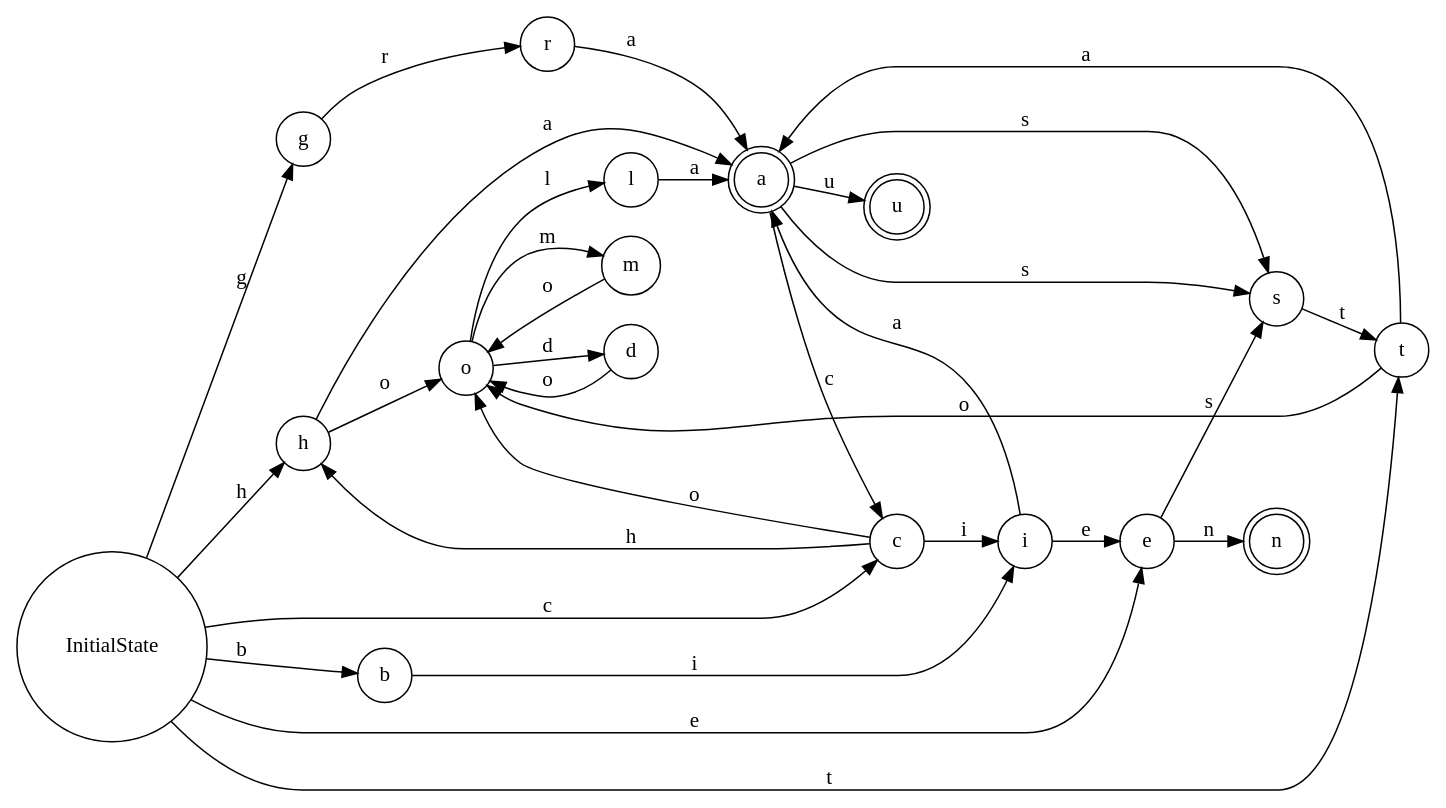
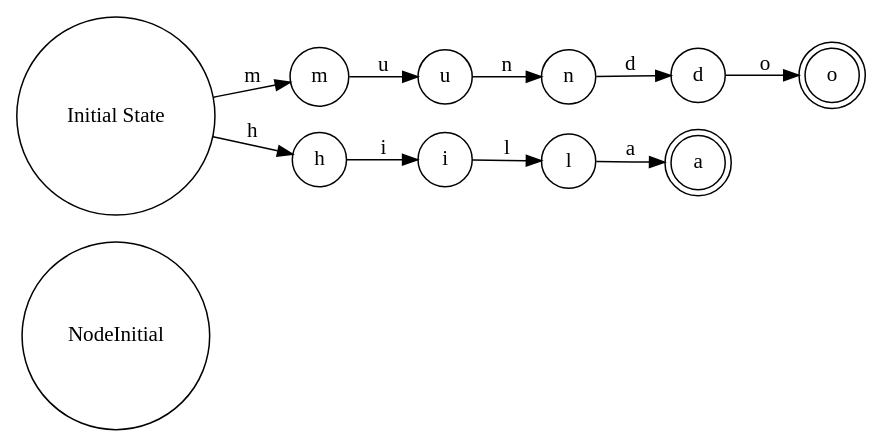
The diagram in example/example.dot (NicolasMoreno/MateDiscreta), drawn with Graphviz before and after one commit. The commit also changed 9 other files, not shown here.

```diff
--- a/example/example.dot
+++ b/example/example.dot
@@ -1,66 +1,22 @@
 digraph { 
 	 rankdir = "LR"; 
-	 node [shape=circle] NodeInitialState [label ="InitialState"];
+	 node [shape=circle] NodeInitial State [label ="Initial State"];
+	 node [shape=circle] Nodem [label ="m"];
+	 node [shape=circle] Nodeu [label ="u"];
+	 node [shape=circle] Noden [label ="n"];
+	 node [shape=circle] Noded [label ="d"];
+	 node [shape=doublecircle] Nodeo [label ="o"];
 	 node [shape=circle] Nodeh [label ="h"];
-	 node [shape=circle] Nodeo [label ="o"];
+	 node [shape=circle] Nodei [label ="i"];
 	 node [shape=circle] Nodel [label ="l"];
 	 node [shape=doublecircle] Nodea [label ="a"];
-	 node [shape=circle] Nodec [label ="c"];
-	 node [shape=circle] Nodeh [label ="h"];
-	 node [shape=circle] Nodea [label ="a"];
-	 node [shape=doublecircle] Nodeu [label ="u"];
-	 node [shape=circle] Nodeo [label ="o"];
-	 node [shape=circle] Nodem [label ="m"];
-	 node [shape=doublecircle] Nodeo [label ="o"];
-	 node [shape=circle] Nodet [label ="t"];
-	 node [shape=circle] Nodeo [label ="o"];
-	 node [shape=circle] Noded [label ="d"];
-	 node [shape=doublecircle] Nodeo [label ="o"];
-	 node [shape=circle] Nodeb [label ="b"];
-	 node [shape=circle] Nodei [label ="i"];
-	 node [shape=circle] Nodee [label ="e"];
-	 node [shape=doublecircle] Noden [label ="n"];
-	 node [shape=circle] Nodee [label ="e"];
-	 node [shape=circle] Nodes [label ="s"];
-	 node [shape=circle] Nodet [label ="t"];
-	 node [shape=circle] Nodea [label ="a"];
-	 node [shape=doublecircle] Nodes [label ="s"];
-	 node [shape=circle] Nodeg [label ="g"];
-	 node [shape=circle] Noder [label ="r"];
-	 node [shape=circle] Nodea [label ="a"];
-	 node [shape=circle] Nodec [label ="c"];
-	 node [shape=circle] Nodei [label ="i"];
-	 node [shape=circle] Nodea [label ="a"];
-	 node [shape=doublecircle] Nodes [label ="s"];
-	 NodeInitialState -> Nodeh[label="h"];
-	 NodeInitialState -> Nodec[label="c"];
-	 NodeInitialState -> Nodet[label="t"];
-	 NodeInitialState -> Nodeb[label="b"];
-	 NodeInitialState -> Nodee[label="e"];
-	 NodeInitialState -> Nodeg[label="g"];
-	 Nodeh -> Nodeo[label="o"];
-	 Nodeo -> Nodel[label="l"];
+	 NodeInitial State -> Nodem[label="m"];
+	 NodeInitial State -> Nodeh[label="h"];
+	 Nodem -> Nodeu[label="u"];
+	 Nodeu -> Noden[label="n"];
+	 Noden -> Noded[label="d"];
+	 Noded -> Nodeo[label="o"];
+	 Nodeh -> Nodei[label="i"];
+	 Nodei -> Nodel[label="l"];
 	 Nodel -> Nodea[label="a"];
-	 Nodec -> Nodeh[label="h"];
-	 Nodec -> Nodeo[label="o"];
-	 Nodeh -> Nodea[label="a"];
-	 Nodea -> Nodeu[label="u"];
-	 Nodeo -> Nodem[label="m"];
-	 Nodem -> Nodeo[label="o"];
-	 Nodet -> Nodeo[label="o"];
-	 Nodeo -> Noded[label="d"];
-	 Noded -> Nodeo[label="o"];
-	 Nodeb -> Nodei[label="i"];
-	 Nodei -> Nodee[label="e"];
-	 Nodee -> Noden[label="n"];
-	 Nodee -> Nodes[label="s"];
-	 Nodes -> Nodet[label="t"];
-	 Nodet -> Nodea[label="a"];
-	 Nodea -> Nodes[label="s"];
-	 Nodeg -> Noder[label="r"];
-	 Noder -> Nodea[label="a"];
-	 Nodea -> Nodec[label="c"];
-	 Nodec -> Nodei[label="i"];
-	 Nodei -> Nodea[label="a"];
-	 Nodea -> Nodes[label="s"];
 }
```
